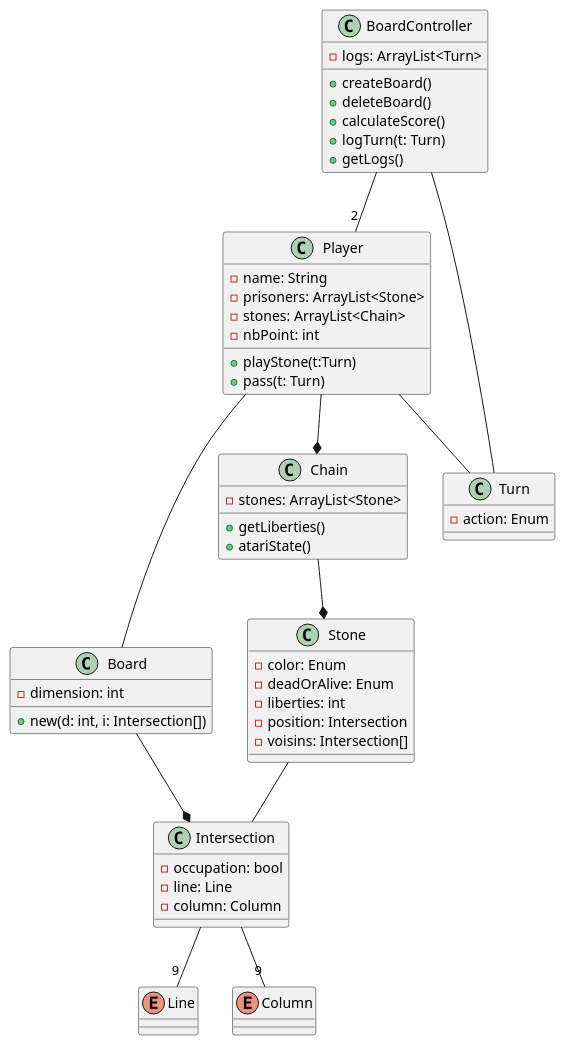
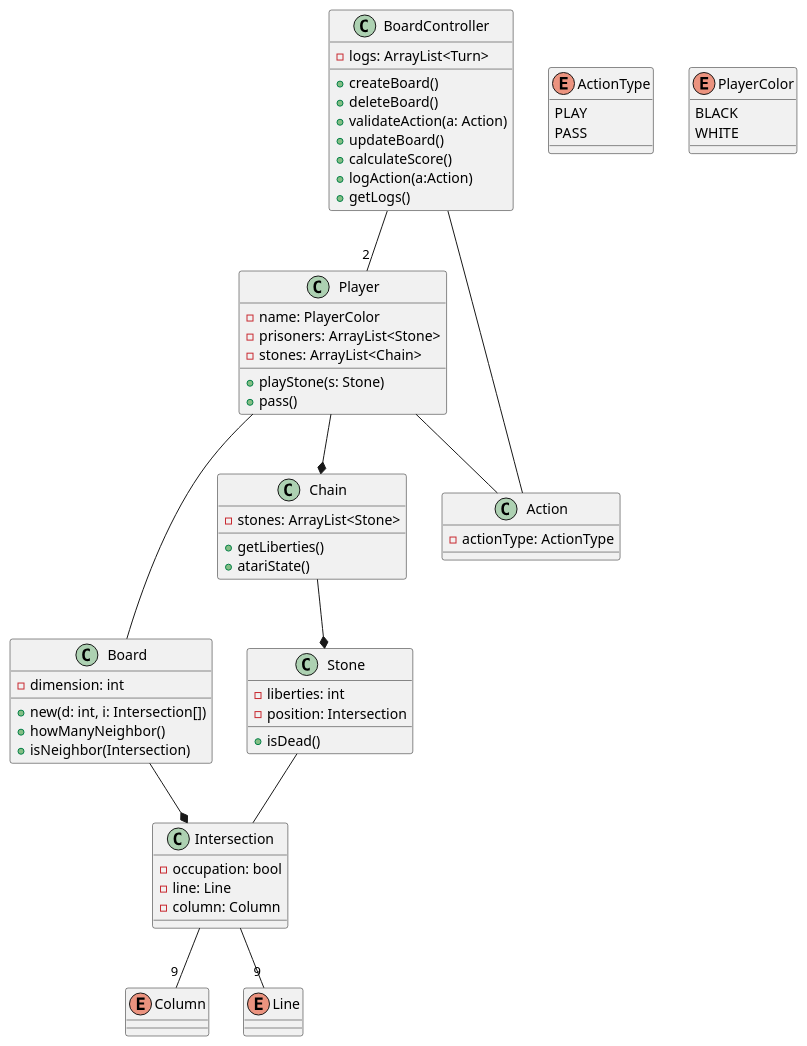
One commit to pierrelucueisd/compteurpoints-jeu-go-java changed the diagram in conception/jk/Croquis.puml. Above: the diagram before and after it, drawn with PlantUML.

Commit message:
modelisation correction

```diff
--- a/conception/jk/Croquis.puml
+++ b/conception/jk/Croquis.puml
@@ -1,67 +1,77 @@
 @startuml
 
 class Player{
-- name: String
+- name: PlayerColor
 - prisoners: ArrayList<Stone>
 - stones: ArrayList<Chain>
-- nbPoint: int
-+ playStone(t:Turn)
-+ pass(t: Turn)
++ playStone(s: Stone)
++ pass()
 }
 class Board{
 - dimension: int
 + new(d: int, i: Intersection[])
++ howManyNeighbor()
++ isNeighbor(Intersection)
 }
 
 class BoardController{
 - logs: ArrayList<Turn>
 + createBoard()
 + deleteBoard()
++ validateAction(a: Action)
++ updateBoard()
 + calculateScore()
-+ logTurn(t: Turn)
++ logAction(a:Action)
 + getLogs()
 
 }
 
-class Turn{
-- action: Enum
+class Action{
+- actionType: ActionType
 }
 
 class Chain{
 - stones: ArrayList<Stone>
 + getLiberties()
 + atariState()
 }
 
 
-
 class Stone{
-- color: Enum
-- deadOrAlive: Enum
 - liberties: int
 - position: Intersection
-- voisins: Intersection[]
++ isDead()
 }
 class Intersection{
 - occupation: bool
 - line: Line
 - column: Column
 }
 
+enum ActionType{
+PLAY
+PASS
+}
+
+enum PlayerColor{
+BLACK
+WHITE
+}
+
+enum Column{}
+
 enum Line{}
 
-enum Column{}
 
 Board --* Intersection
 Stone -- Intersection
 Player -- Board
 Chain --* Stone
 Player --* Chain
-BoardController -- Turn
+BoardController -- Action
 BoardController --"2" Player
-Player -- Turn
+Player -- Action
 Intersection --"9" Line
 Intersection --"9" Column
 
-
 @enduml
```
